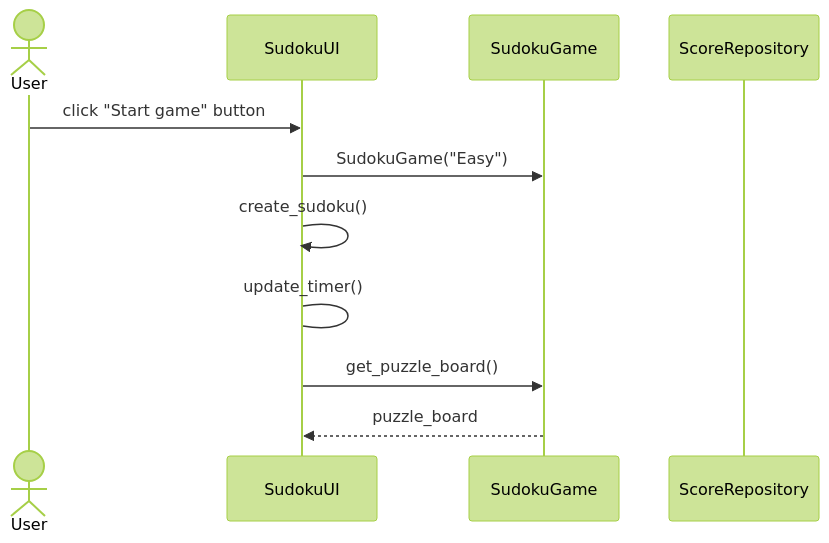
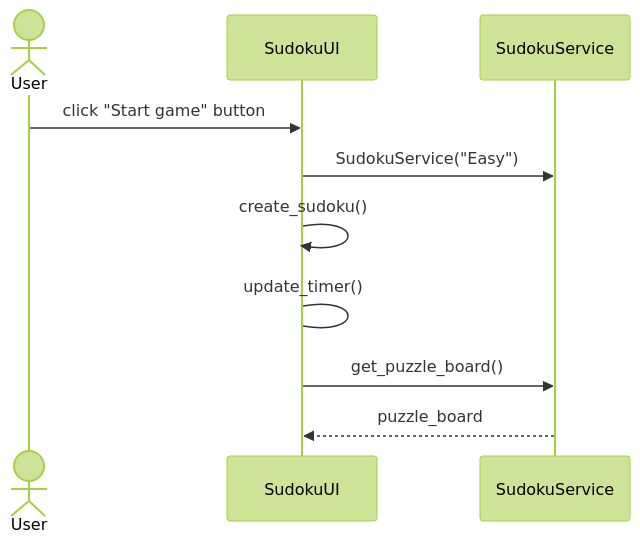
The second of 4 diagrams in dokumentaatio/arkkitehtuuri.md (uyenmh/ot-harjoitustyo), drawn with Mermaid (forest theme) before and after one commit. The commit also changed other lines of this file and 12 other files, not shown here.

````diff
--- a/dokumentaatio/arkkitehtuuri.md
+++ b/dokumentaatio/arkkitehtuuri.md
@@ -54,14 +80,13 @@
 ```mermaid
 sequenceDiagram
   actor User
   participant SudokuUI
-  participant SudokuGame
-  participant ScoreRepository
+  participant SudokuService
 
   User->>SudokuUI: click "Start game" button
-  SudokuUI->>SudokuGame: SudokuGame("Easy")
+  SudokuUI->>SudokuService: SudokuService("Easy")
   SudokuUI->>SudokuUI: create_sudoku()
   SudokuUI->SudokuUI: update_timer()
-  SudokuUI->>SudokuGame: get_puzzle_board()
-  SudokuGame-->>SudokuUI: puzzle_board
+  SudokuUI->>SudokuService: get_puzzle_board()
+  SudokuService-->>SudokuUI: puzzle_board
 ```
````
